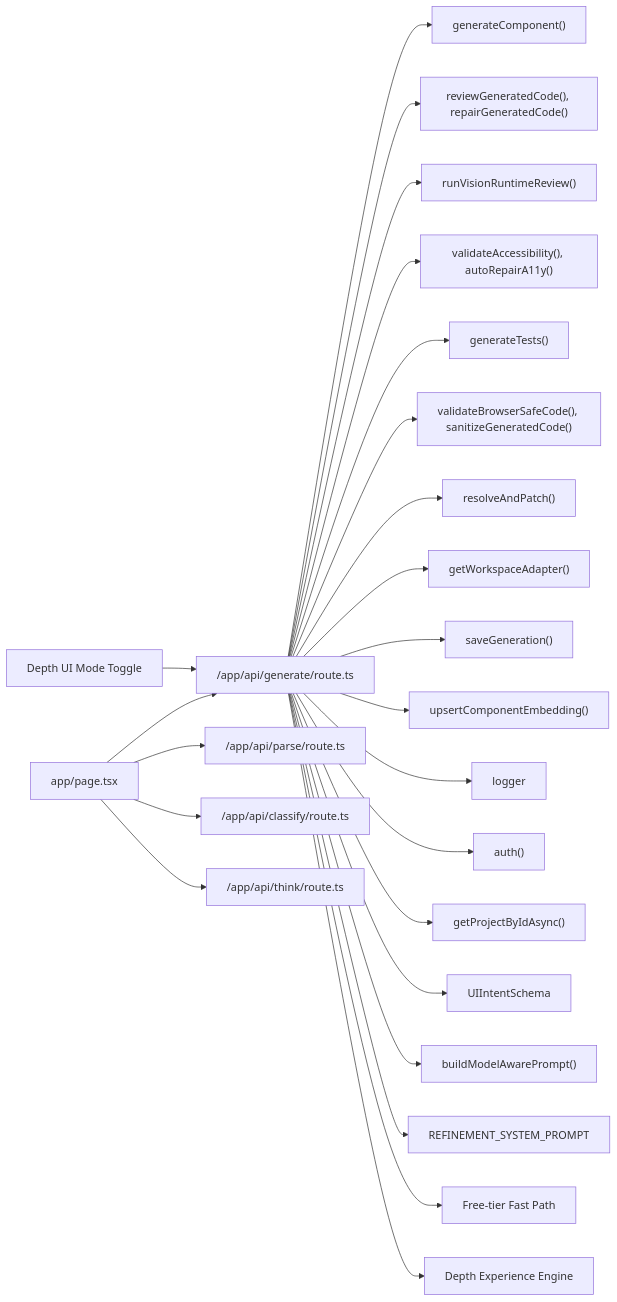
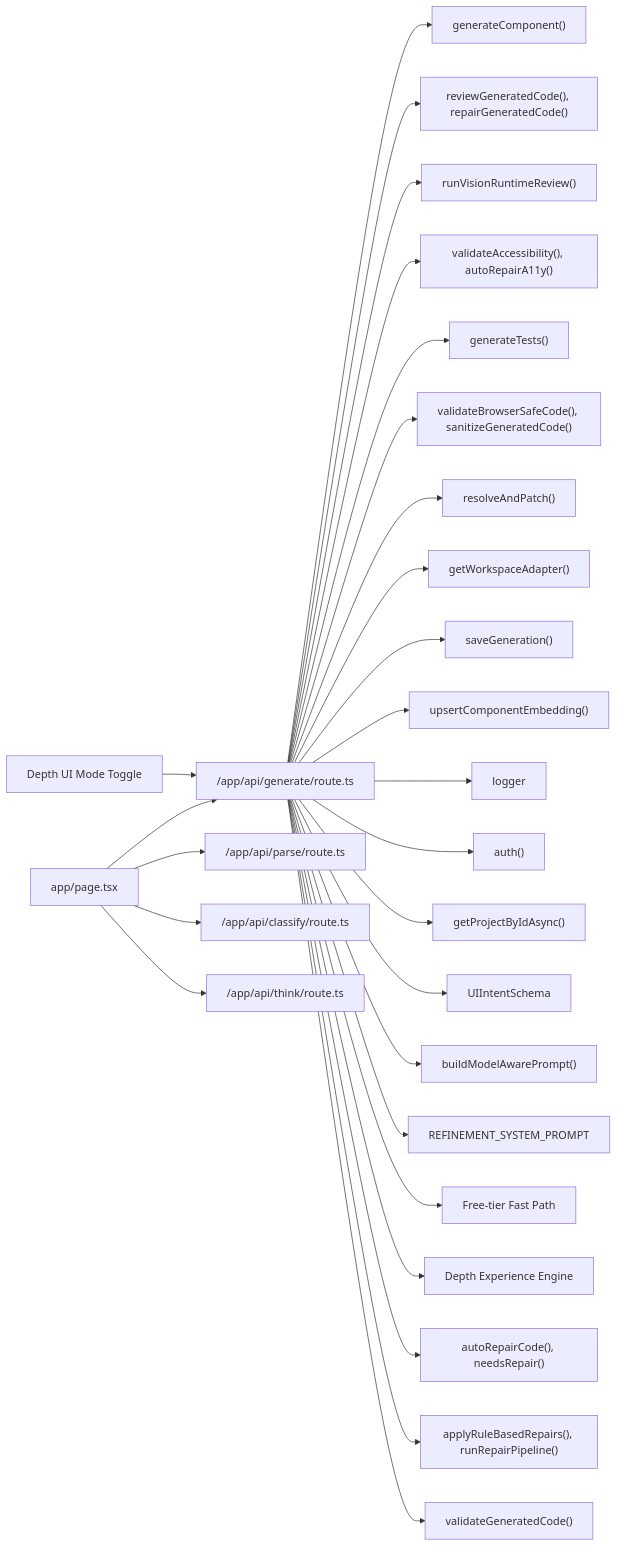
The fourth of 4 diagrams in .qoder/repowiki/en/content/AI Generation Engine/Core Generation Pipeline/Core Generation Pipeline.md (shekhargiri005-dotcom/AI-powered-accessibility-first-UI-engine), drawn with Mermaid before and after one commit. The commit also changed other lines of this file and 6 other files, not shown here.

````diff
--- a/.qoder/repowiki/en/content/AI Generation Engine/Core Generation Pipeline/Core Generation Pipeline.md
+++ b/.qoder/repowiki/en/content/AI Generation Engine/Core Generation Pipeline/Core Generation Pipeline.md
@@ -447,26 +515,29 @@
 ```mermaid
 graph LR
 Route["/app/api/generate/route.ts"] --> GenComp["generateComponent()"]
 Route --> Review["reviewGeneratedCode(), repairGeneratedCode()"]
 Route --> Vision["runVisionRuntimeReview()"]
 Route --> A11y["validateAccessibility(), autoRepairA11y()"]
 Route --> Tests["generateTests()"]
 Route --> Security["validateBrowserSafeCode(), sanitizeGeneratedCode()"]
 Route --> DepRes["resolveAndPatch()"]
 Route --> Adapter["getWorkspaceAdapter()"]
 Route --> Memory["saveGeneration()"]
 Route --> Embed["upsertComponentEmbedding()"]
 Route --> Logger["logger"]
 Route --> Auth["auth()"]
 Route --> RefContext["getProjectByIdAsync()"]
 Route --> Schema["UIIntentSchema"]
 Route --> Prompt["buildModelAwarePrompt()"]
 Route --> RefPrompt["REFINEMENT_SYSTEM_PROMPT"]
 Route --> FreeTier["Free-tier Fast Path"]
 Route --> DepthEngine["Depth Experience Engine"]
+Route --> CodeAutoRepair["autoRepairCode(), needsRepair()"]
+Route --> RepairPipeline["applyRuleBasedRepairs(), runRepairPipeline()"]
+Route --> CodeValidator["validateGeneratedCode()"]
 Page["app/page.tsx"] --> Route
 Page --> Parse["/app/api/parse/route.ts"]
 Page --> Classify["/app/api/classify/route.ts"]
 Page --> Think["/app/api/think/route.ts"]
 DepthToggle["Depth UI Mode Toggle"] --> Route
 ```
````
